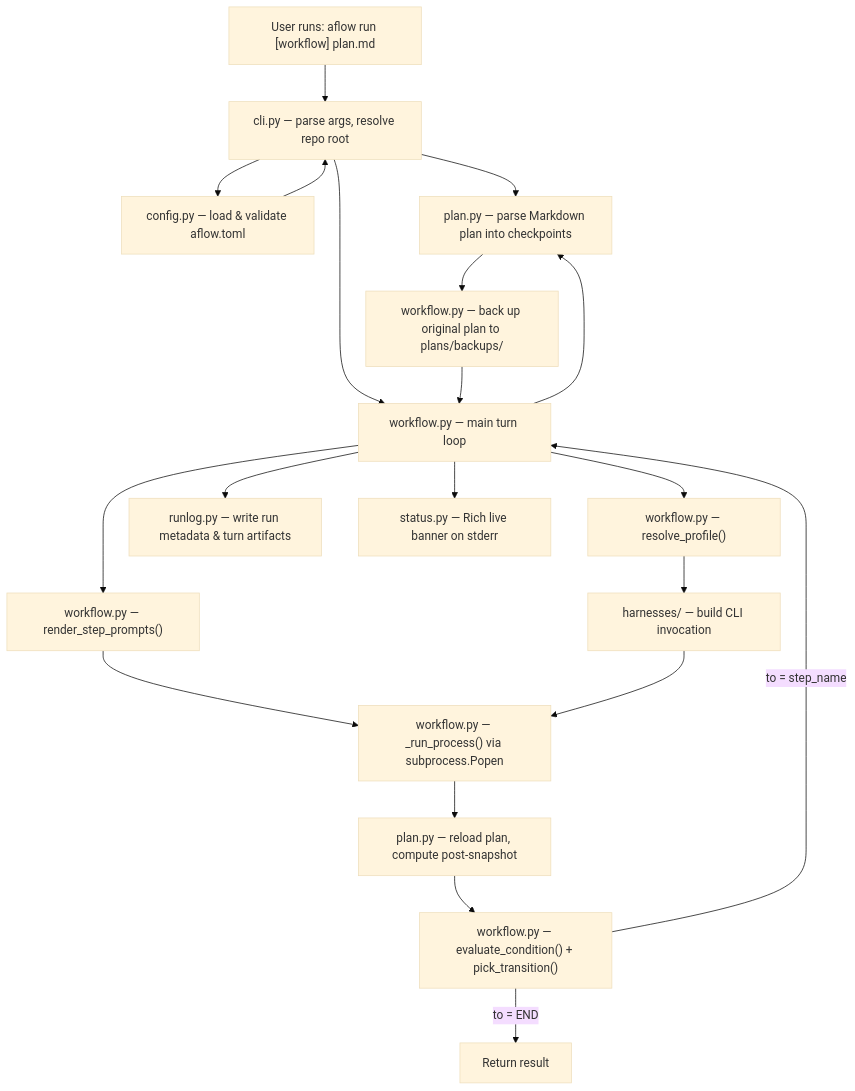
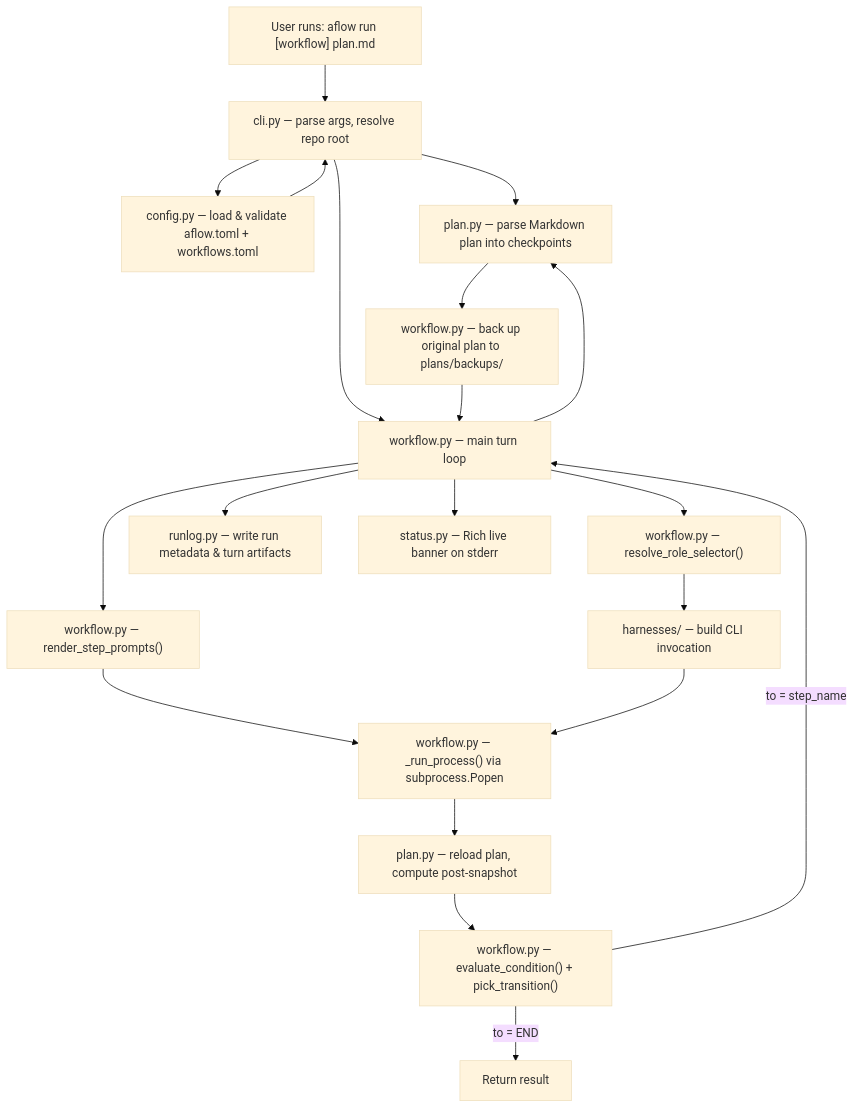
The diagram in ARCHITECTURE.md (evrenesat/agent_flow), drawn with Mermaid (base theme) before and after one commit. The commit also changed other lines of this file and 13 other files, not shown here.

First line of the commit message:
split workflow config into roles, teams, and shared skill installs

````diff
--- a/ARCHITECTURE.md
+++ b/ARCHITECTURE.md
@@ -7,37 +7,37 @@
 ```mermaid
 flowchart TD
     User["User runs: aflow run [workflow] plan.md"]
     CLI["cli.py — parse args, resolve repo root"]
-    Config["config.py — load & validate aflow.toml"]
+    Config["config.py — load & validate aflow.toml + workflows.toml"]
     PlanParse["plan.py — parse Markdown plan into checkpoints"]
     Backup["workflow.py — back up original plan to plans/backups/"]
     WorkflowLoop["workflow.py — main turn loop"]
     PromptRender["workflow.py — render_step_prompts()"]
-    Profile["workflow.py — resolve_profile()"]
+    Role["workflow.py — resolve_role_selector()"]
     Adapter["harnesses/ — build CLI invocation"]
     Subprocess["workflow.py — _run_process() via subprocess.Popen"]
     PlanReload["plan.py — reload plan, compute post-snapshot"]
     Transition["workflow.py — evaluate_condition() + pick_transition()"]
     RunLog["runlog.py — write run metadata & turn artifacts"]
     Banner["status.py — Rich live banner on stderr"]
 
     User --> CLI
     CLI --> Config
     Config --> CLI
     CLI --> PlanParse
     CLI --> WorkflowLoop
     WorkflowLoop --> PlanParse
     PlanParse --> Backup
     Backup --> WorkflowLoop
     WorkflowLoop --> PromptRender
-    WorkflowLoop --> Profile
-    Profile --> Adapter
+    WorkflowLoop --> Role
+    Role --> Adapter
     PromptRender --> Subprocess
     Adapter --> Subprocess
     Subprocess --> PlanReload
     PlanReload --> Transition
     Transition -->|"to = step_name"| WorkflowLoop
     Transition -->|"to = END"| Done["Return result"]
     WorkflowLoop --> RunLog
     WorkflowLoop --> Banner
 ```
````
